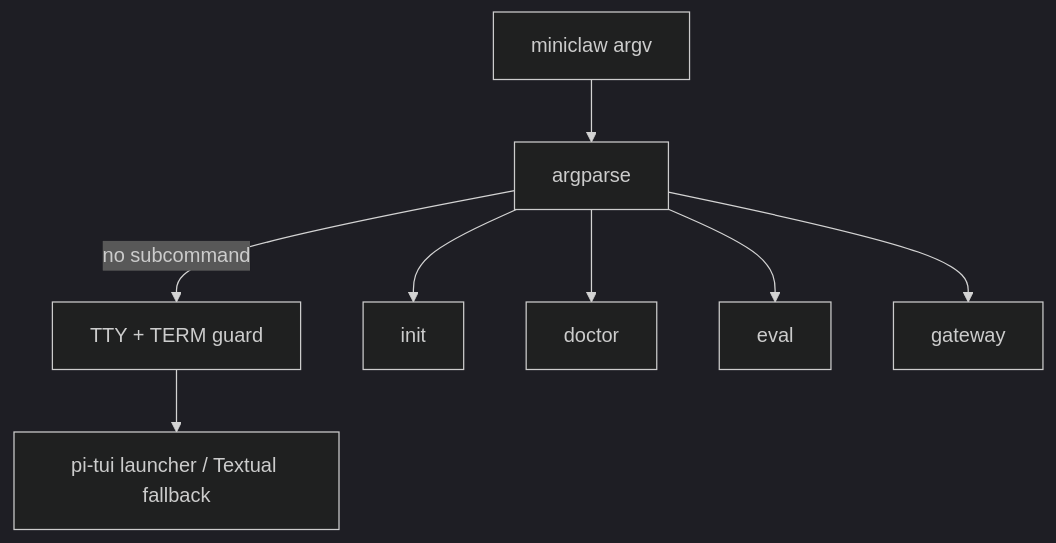
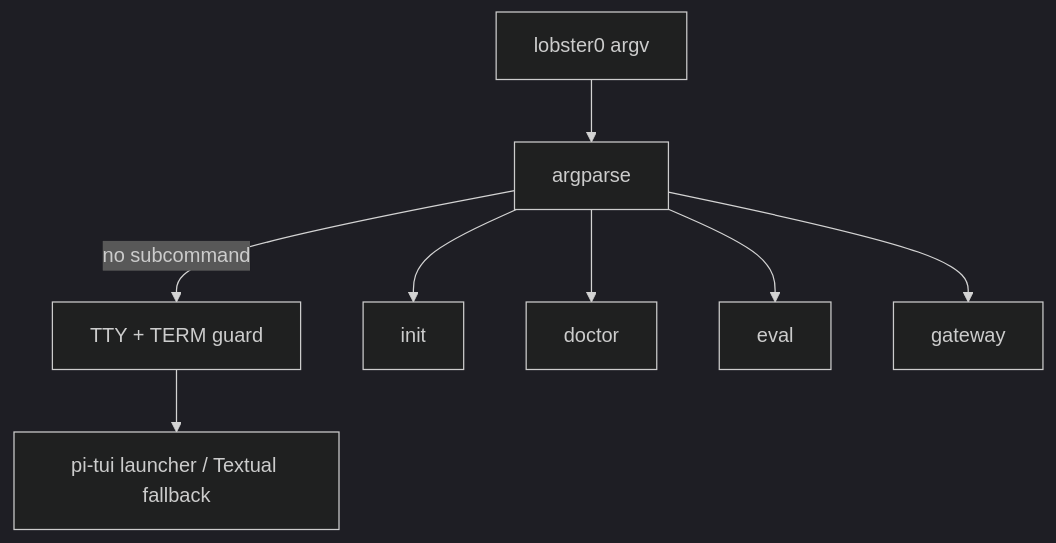
One commit to NEDONION/lobster0 changed the second of 14 diagrams in docs/architecture/20260807_系统架构.md. Above: the diagram before and after it, drawn with Mermaid (dark theme). The commit also changed other lines of this file and 221 other files, not shown here.

````diff
--- a/docs/architecture/20260807_系统架构.md
+++ b/docs/architecture/20260807_系统架构.md
@@ -86,10 +86,10 @@
 ```mermaid
 flowchart TD
-    CMD["miniclaw argv"] --> PARSER["argparse"]
+    CMD["lobster0 argv"] --> PARSER["argparse"]
     PARSER -->|"no subcommand"| GUARD["TTY + TERM guard"]
     GUARD --> TUI["pi-tui launcher / Textual fallback"]
     PARSER --> INIT["init"]
     PARSER --> DOCTOR["doctor"]
     PARSER --> EVAL["eval"]
     PARSER --> GATEWAY["gateway"]
 ```
````
